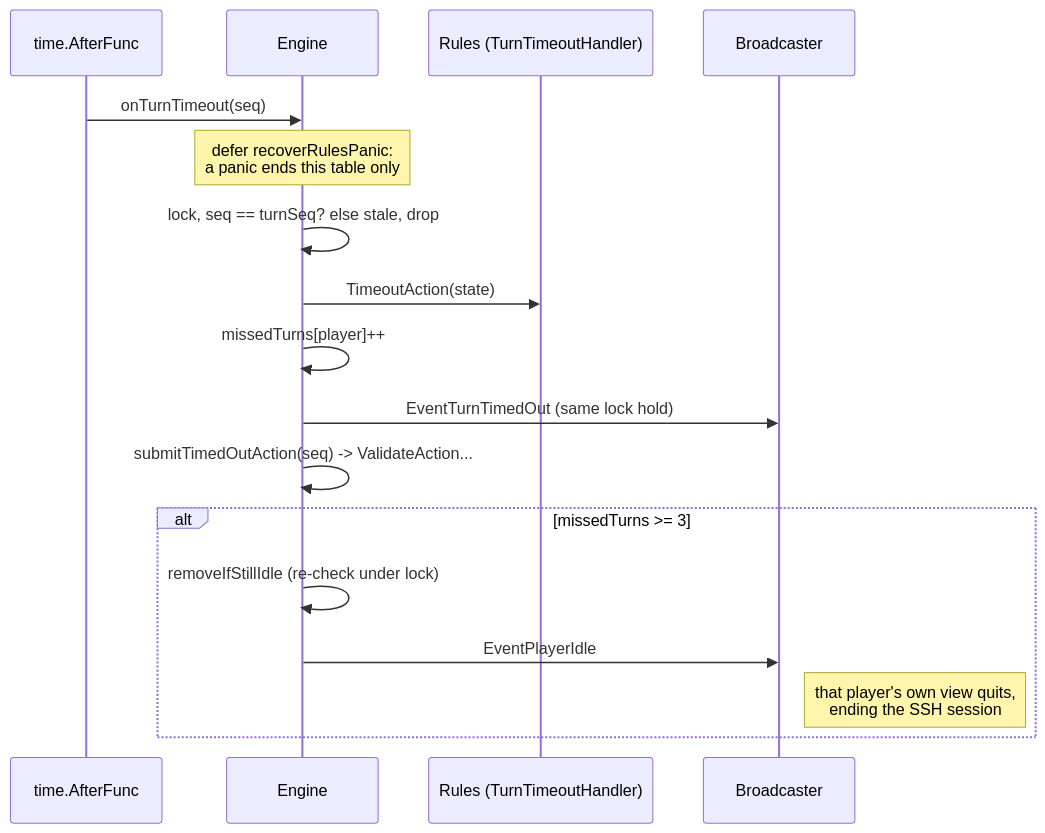
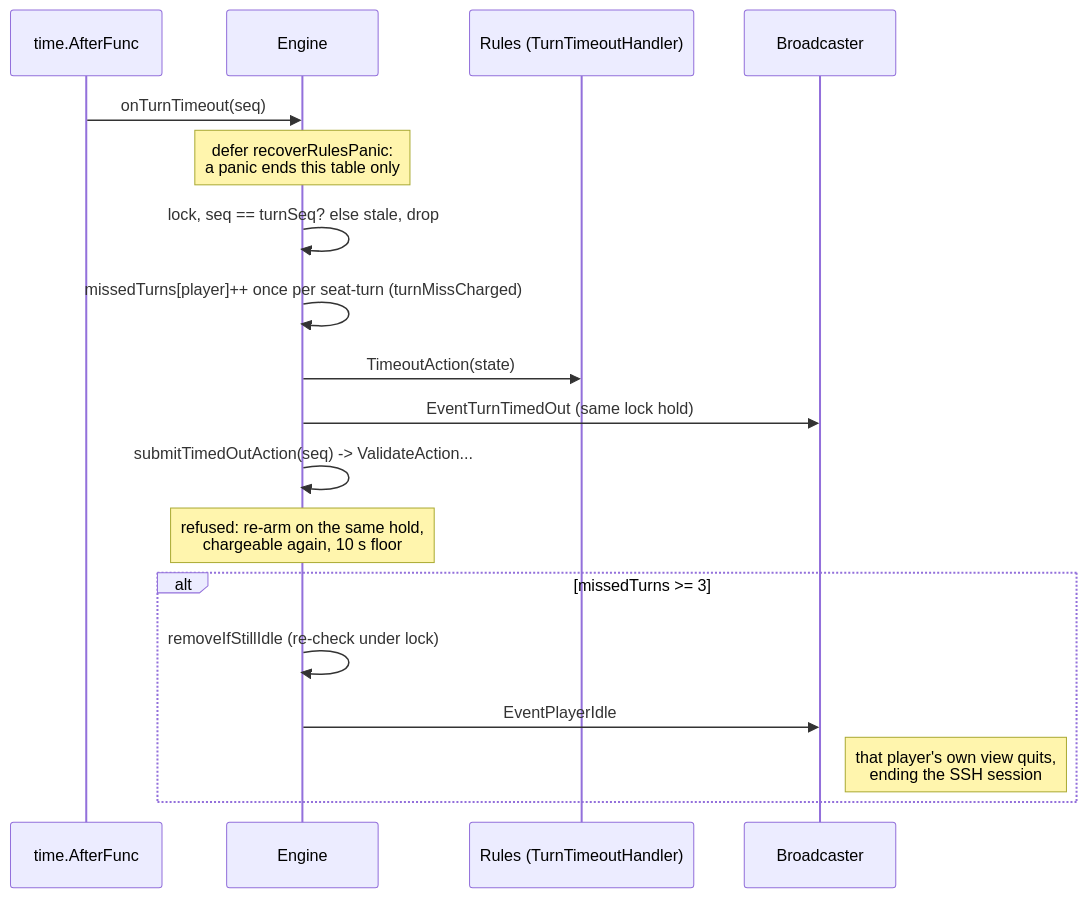
Before and after one commit to Pieczasz/terminal-card: the sixth of 11 diagrams in docs/codebase-map.md, drawn with Mermaid. The commit also changed other lines of this file, not shown here.

Commit message:
docs(codebase-map): refresh counts, flows, the BoundEngine and Session shapes and the lock order

````diff
--- a/docs/codebase-map.md
+++ b/docs/codebase-map.md
@@ -232,20 +242,21 @@
 ```mermaid
 sequenceDiagram
     participant Tm as time.AfterFunc
     participant E as Engine
     participant Ru as Rules (TurnTimeoutHandler)
     participant Bc as Broadcaster
 
     Tm->>E: onTurnTimeout(seq)
     Note over E: defer recoverRulesPanic:<br/>a panic ends this table only
     E->>E: lock, seq == turnSeq? else stale, drop
+    E->>E: missedTurns[player]++ once per seat-turn (turnMissCharged)
     E->>Ru: TimeoutAction(state)
-    E->>E: missedTurns[player]++
     E->>Bc: EventTurnTimedOut (same lock hold)
     E->>E: submitTimedOutAction(seq) -> ValidateAction...
+    Note over E: refused: re-arm on the same hold,<br/>chargeable again, 10 s floor
     alt missedTurns >= 3
         E->>E: removeIfStillIdle (re-check under lock)
         E->>Bc: EventPlayerIdle
         Note right of Bc: that player's own view quits,<br/>ending the SSH session
     end
 ```
````
